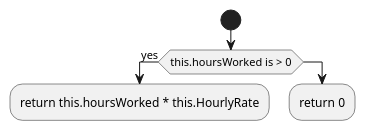
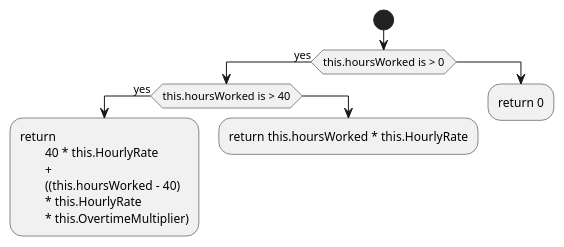
Before and after one commit to ChristopherJTrent/CIS35A: the diagram in Lab4/puml/EmplPayRprt-activity-Hourly.CalculateWeeklyPay().puml, drawn with PlantUML. The commit also changed 3 other files, not shown here.

```diff
--- a/Lab4/puml/EmplPayRprt-activity-Hourly.CalculateWeeklyPay().puml
+++ b/Lab4/puml/EmplPayRprt-activity-Hourly.CalculateWeeklyPay().puml
@@ -1,10 +1,20 @@
 @startuml
 start
 if (this.hoursWorked is > 0) then (yes)
-	:return this.hoursWorked * this.HourlyRate;
-	detach
+	if (this.hoursWorked is > 40) then (yes)
+		:return 
+			40 * this.HourlyRate
+			+
+			((this.hoursWorked - 40) 
+			* this.HourlyRate 
+			* this.OvertimeMultiplier);
+		detach
+	else
+		:return this.hoursWorked * this.HourlyRate;
+		detach
+	endif
 else 
 	:return 0;
 	detach
 endif
 @enduml
```
